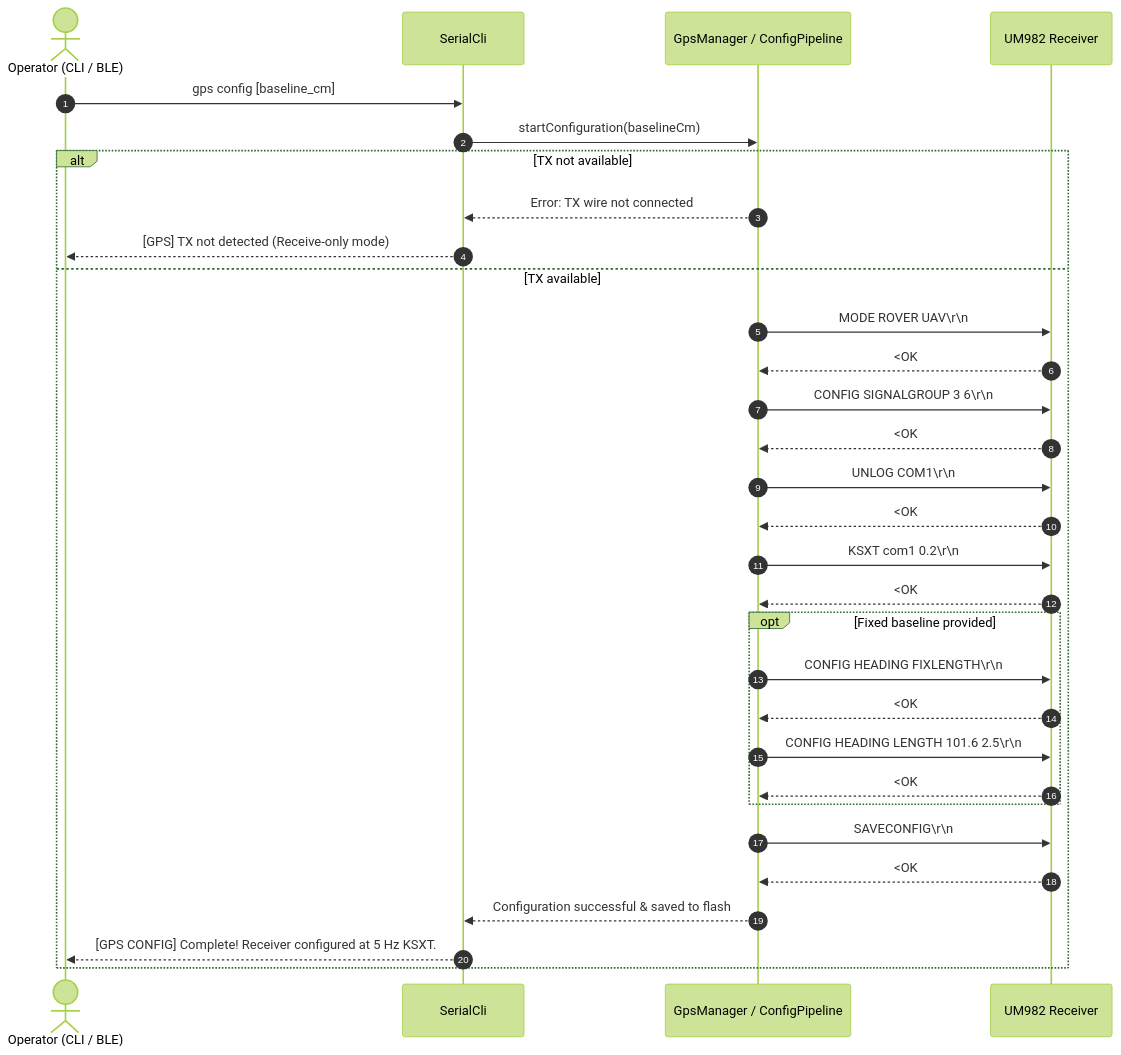
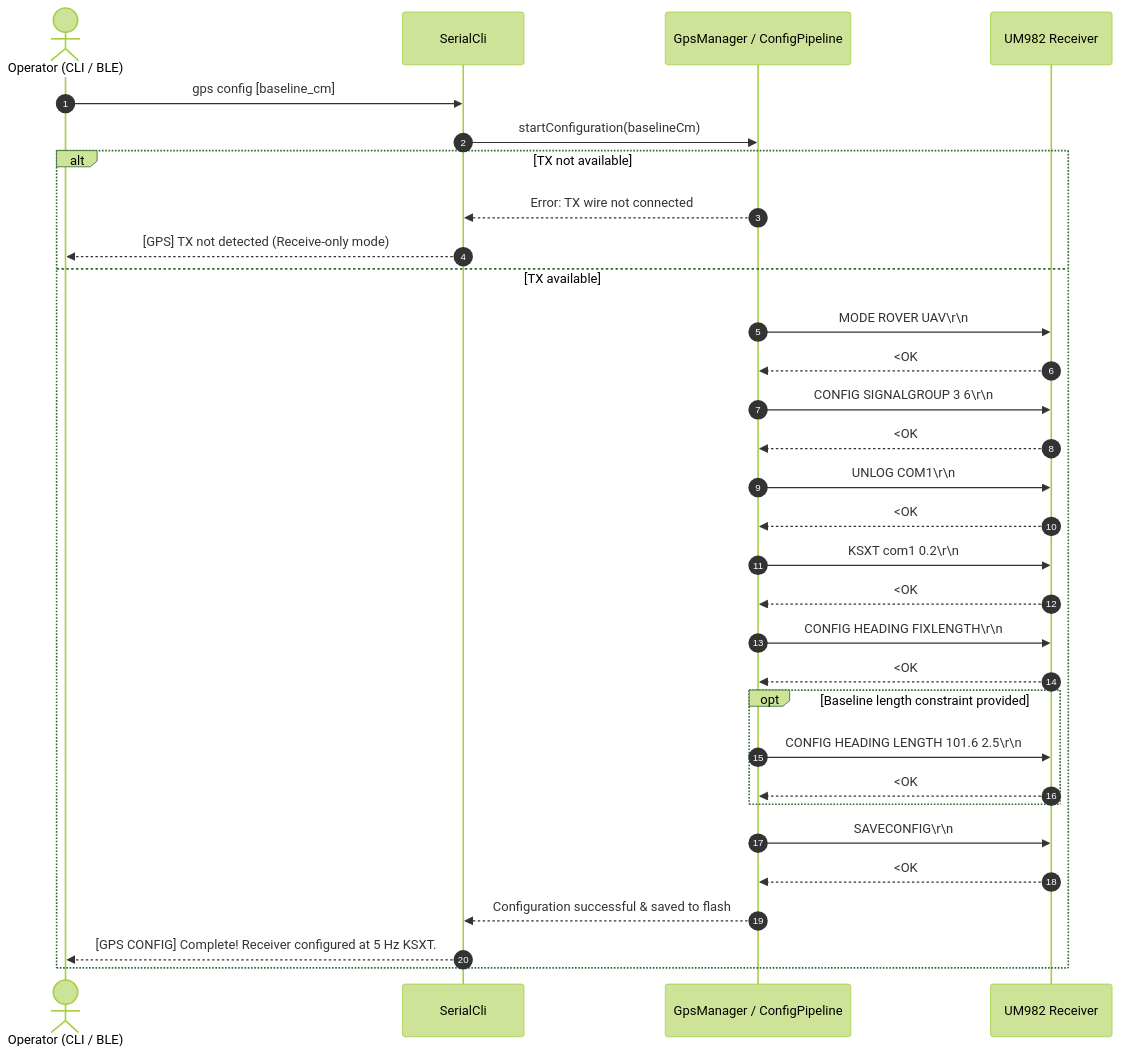
Before and after one commit to cwiskng-max/GNSS_compass: the third of 3 diagrams in docs/design/gps-tx-configuration/DESIGN.md, drawn with Mermaid (forest theme). The commit also changed other lines of this file and 5 other files, not shown here.

Commit message:
feat(gnss): make CONFIG HEADING FIXLENGTH standard and refine help formatting

````diff
--- a/docs/design/gps-tx-configuration/DESIGN.md
+++ b/docs/design/gps-tx-configuration/DESIGN.md
@@ -169,35 +169,35 @@
 ```mermaid
 sequenceDiagram
     autonumber
     actor User as Operator (CLI / BLE)
     participant CLI as SerialCli
     participant Mgr as GpsManager / ConfigPipeline
     participant UM as UM982 Receiver
 
     User->>CLI: gps config [baseline_cm]
     CLI->>Mgr: startConfiguration(baselineCm)
     
     alt TX not available
         Mgr-->>CLI: Error: TX wire not connected
         CLI-->>User: [GPS] TX not detected (Receive-only mode)
     else TX available
         Mgr->>UM: MODE ROVER UAV\r\n
         UM-->>Mgr: <OK
         Mgr->>UM: CONFIG SIGNALGROUP 3 6\r\n
         UM-->>Mgr: <OK
         Mgr->>UM: UNLOG COM1\r\n
         UM-->>Mgr: <OK
         Mgr->>UM: KSXT com1 0.2\r\n
         UM-->>Mgr: <OK
-        opt Fixed baseline provided
-            Mgr->>UM: CONFIG HEADING FIXLENGTH\r\n
-            UM-->>Mgr: <OK
+        Mgr->>UM: CONFIG HEADING FIXLENGTH\r\n
+        UM-->>Mgr: <OK
+        opt Baseline length constraint provided
             Mgr->>UM: CONFIG HEADING LENGTH 101.6 2.5\r\n
             UM-->>Mgr: <OK
         end
         Mgr->>UM: SAVECONFIG\r\n
         UM-->>Mgr: <OK
         Mgr-->>CLI: Configuration successful & saved to flash
         CLI-->>User: [GPS CONFIG] Complete! Receiver configured at 5 Hz KSXT.
     end
 ```
````
